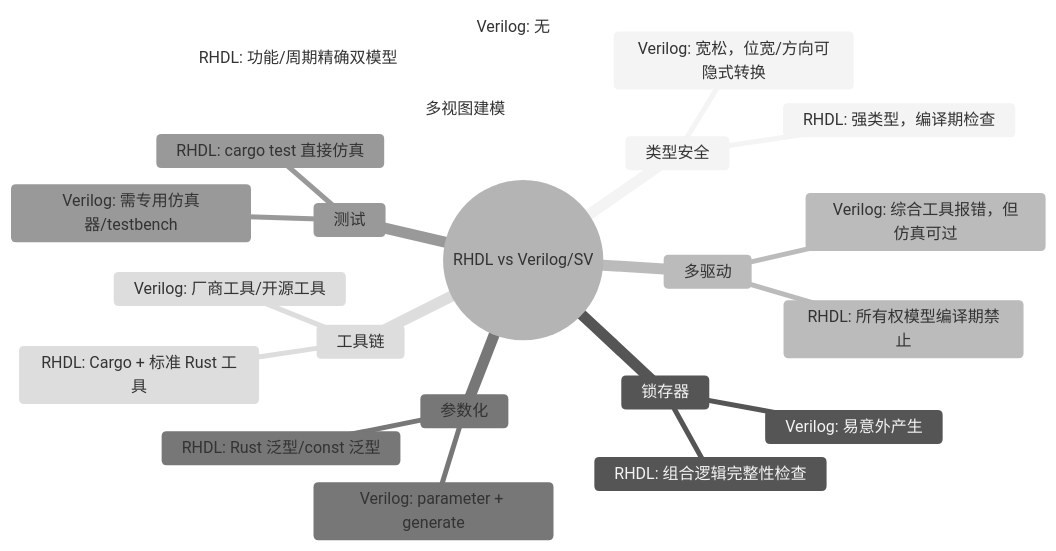
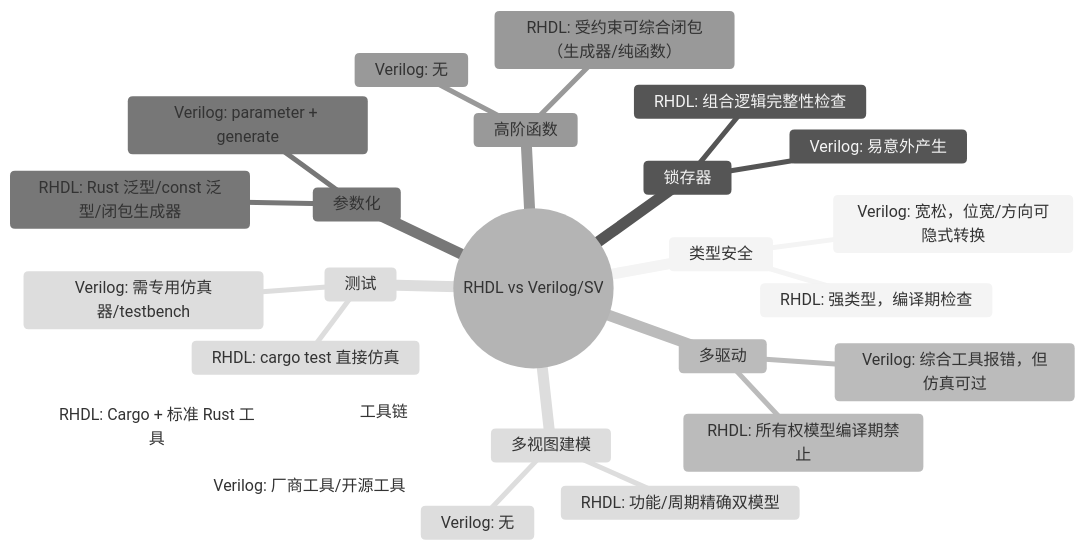
One commit to TangCan/bitloom changed the third of 9 diagrams in docs/requirements/16. 与其他 HDL 对比.md. Above: the diagram before and after it, drawn with Mermaid (neutral theme). The commit also changed other lines of this file and 17 other files, not shown here.

````diff
--- a/docs/requirements/16. 与其他 HDL 对比.md
+++ b/docs/requirements/16. 与其他 HDL 对比.md
@@ -69,26 +87,28 @@
 ```mermaid
 mindmap
   root((RHDL vs Verilog/SV))
     类型安全
       Verilog: 宽松，位宽/方向可隐式转换
       RHDL: 强类型，编译期检查
     锁存器
       Verilog: 易意外产生
       RHDL: 组合逻辑完整性检查
     多驱动
       Verilog: 综合工具报错，但仿真可过
       RHDL: 所有权模型编译期禁止
     参数化
       Verilog: parameter + generate
-      RHDL: Rust 泛型/const 泛型
+      RHDL: Rust 泛型/const 泛型/闭包生成器
+    高阶函数
+      Verilog: 无
+      RHDL: 受约束可综合闭包（生成器/纯函数）
     测试
       Verilog: 需专用仿真器/testbench
       RHDL: cargo test 直接仿真
     工具链
       Verilog: 厂商工具/开源工具
       RHDL: Cargo + 标准 Rust 工具
     多视图建模
       Verilog: 无
       RHDL: 功能/周期精确双模型
-
 ```
````
